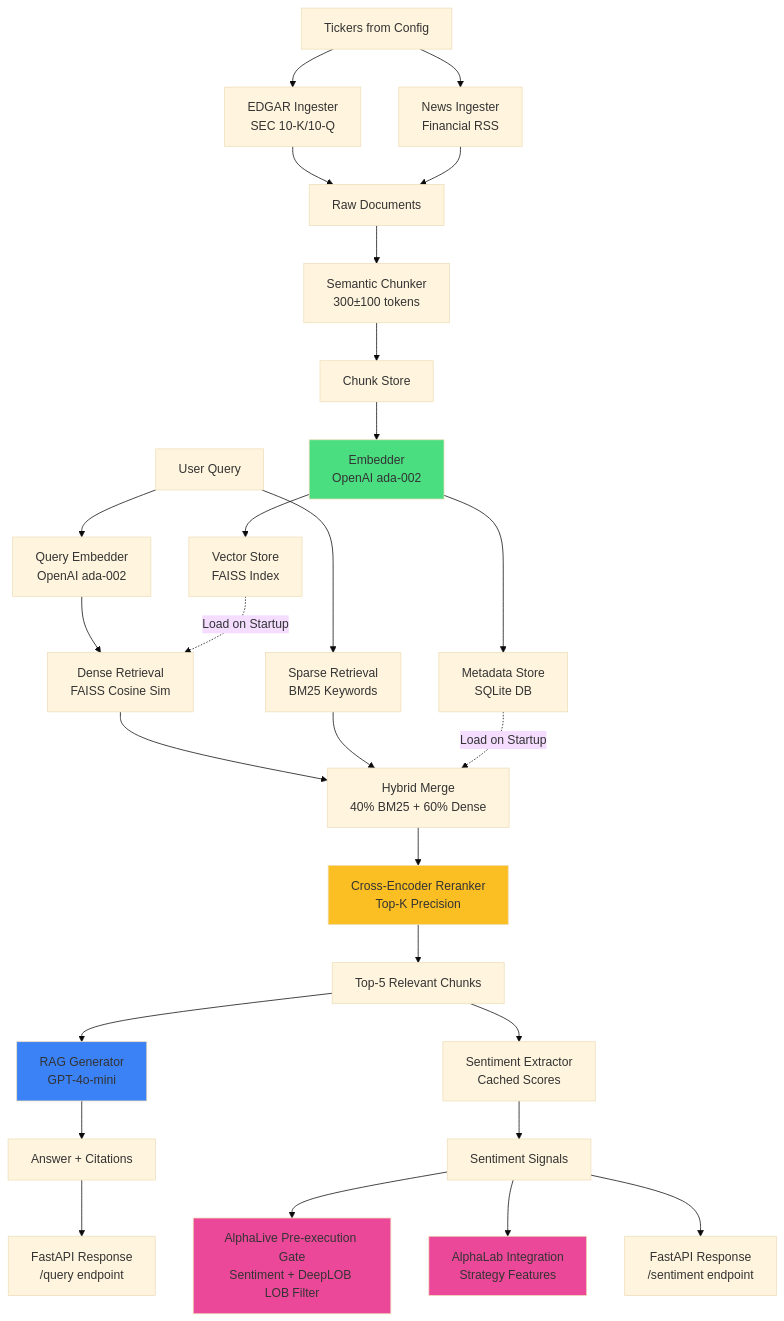
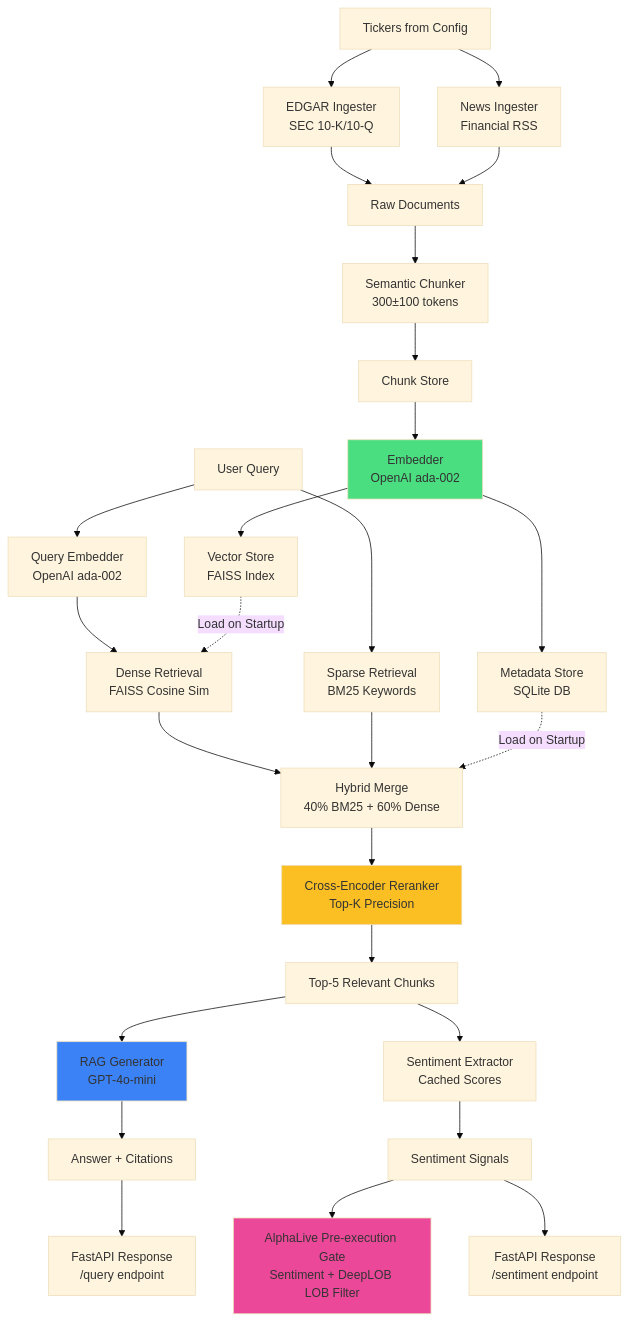
One commit to bernardoguterres/AlphaSignal changed the diagram in README.md. Above: the diagram before and after it, drawn with Mermaid (base theme). The commit also changed other lines of this file, not shown here.

````diff
--- a/README.md
+++ b/README.md
@@ -7,37 +7,35 @@
 ```mermaid
 flowchart TD
     A[Tickers from Config] --> B[EDGAR Ingester<br/>SEC 10-K/10-Q]
     A --> C[News Ingester<br/>Financial RSS]
     B --> D[Raw Documents]
     C --> D
     D --> E[Semantic Chunker<br/>300±100 tokens]
     E --> F[Chunk Store]
     F --> G[Embedder<br/>OpenAI ada-002]
     G --> H[Vector Store<br/>FAISS Index]
     G --> I[Metadata Store<br/>SQLite DB]
     
     J[User Query] --> K[Query Embedder<br/>OpenAI ada-002]
     K --> L[Dense Retrieval<br/>FAISS Cosine Sim]
     J --> M[Sparse Retrieval<br/>BM25 Keywords]
     L --> N[Hybrid Merge<br/>40% BM25 + 60% Dense]
     M --> N
     N --> O[Cross-Encoder Reranker<br/>Top-K Precision]
     O --> P[Top-5 Relevant Chunks]
     P --> Q[RAG Generator<br/>GPT-4o-mini]
     P --> R[Sentiment Extractor<br/>Cached Scores]
     Q --> S[Answer + Citations]
     R --> T[Sentiment Signals]
     T --> U[AlphaLive Pre-execution Gate<br/>Sentiment + DeepLOB LOB Filter]
-    T --> UA[AlphaLab Integration<br/>Strategy Features]
     S --> V[FastAPI Response<br/>/query endpoint]
     T --> W[FastAPI Response<br/>/sentiment endpoint]
     
     H -.->|Load on Startup| L
     I -.->|Load on Startup| N
     
     style G fill:#4ade80
     style O fill:#fbbf24
     style Q fill:#3b82f6
     style U fill:#ec4899
-    style UA fill:#ec4899
 ```
````
